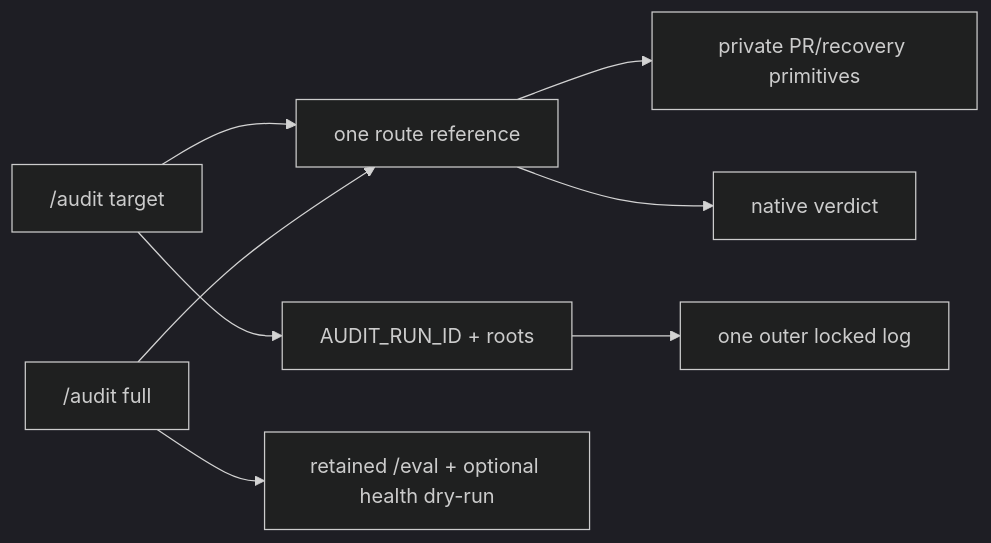
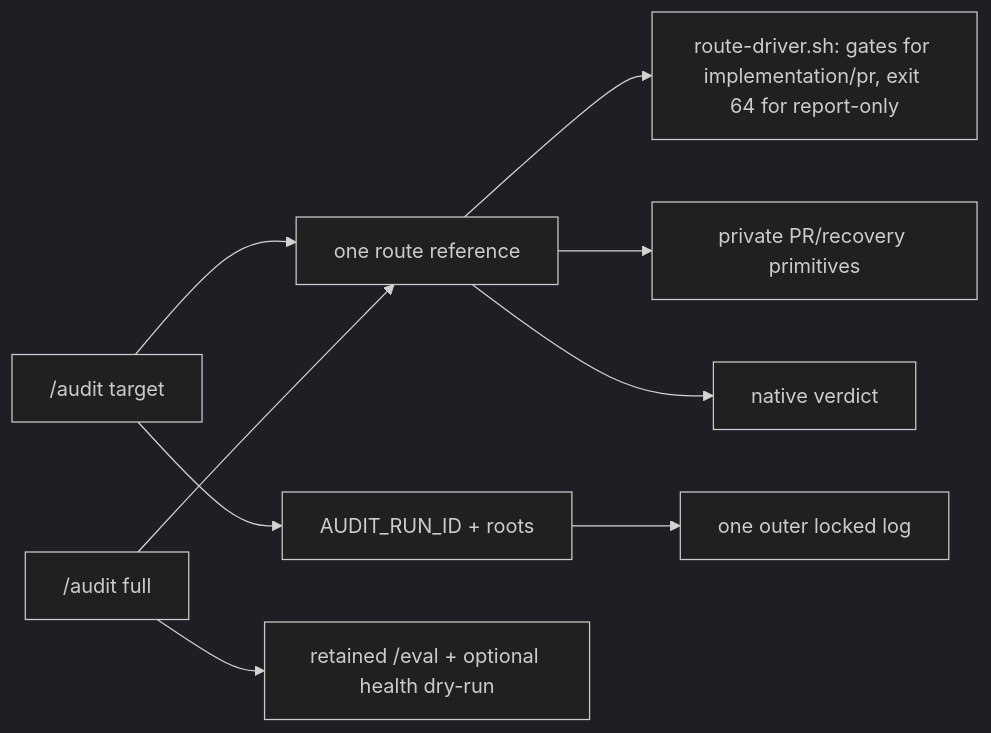
The diagram in .agro/knowledge/source/audit-architecture.md (ryaneggz/open-harness), drawn with Mermaid (dark theme) before and after one commit. The commit also changed other lines of this file and 13 other files, not shown here.

````diff
--- a/.agro/knowledge/source/audit-architecture.md
+++ b/.agro/knowledge/source/audit-architecture.md
@@ -44,10 +48,11 @@
 ```mermaid
 flowchart LR
   D["/audit target"] --> R["one route reference"]
+  R --> DRV["route-driver.sh: gates for implementation/pr, exit 64 for report-only"]
   R --> P["private PR/recovery primitives"]
   R --> N["native verdict"]
   D --> C["AUDIT_RUN_ID + roots"]
   C --> L["one outer locked log"]
   F["/audit full"] --> R
   F --> I["retained /eval + optional health dry-run"]
 ```
````
